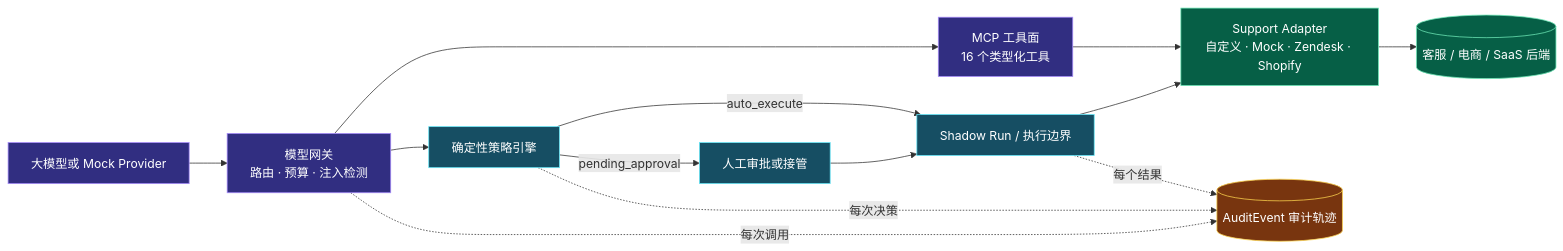
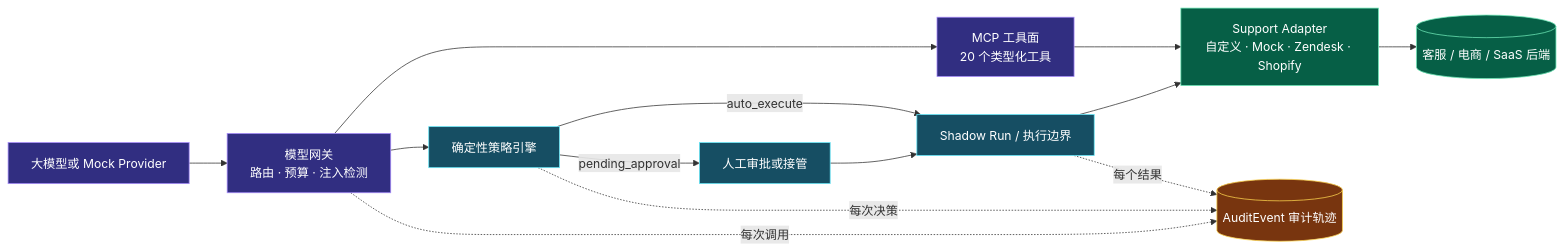
The first of 3 diagrams in README.zh-CN.md (shidesheng0218/open-support-agent-spec), drawn with Mermaid before and after one commit. The commit also changed other lines of this file and 164 other files, not shown here.

````diff
--- a/README.zh-CN.md
+++ b/README.zh-CN.md
@@ -53,24 +53,24 @@
 ```mermaid
 flowchart LR
     M[大模型或 Mock Provider] --> G[模型网关<br/>路由 · 预算 · 注入检测]
-    G --> T[MCP 工具面<br/>16 个类型化工具]
+    G --> T[MCP 工具面<br/>20 个类型化工具]
     T --> A[Support Adapter<br/>自定义 · Mock · Zendesk · Shopify]
     A --> B[(客服 / 电商 / SaaS 后端)]
     G --> P[确定性策略引擎]
     P -->|auto_execute| X[Shadow Run / 执行边界]
     P -->|pending_approval| H[人工审批或接管]
     H --> X
     X --> A
     G -. 每次调用 .-> E[(AuditEvent 审计轨迹)]
     P -. 每次决策 .-> E
     X -. 每个结果 .-> E
 
     classDef model fill:#312E81,stroke:#A78BFA,color:#fff
     classDef gate fill:#164E63,stroke:#67E8F9,color:#fff
     classDef adapter fill:#065F46,stroke:#6EE7B7,color:#fff
     classDef audit fill:#78350F,stroke:#FCD34D,color:#fff
     class M,G,T model
     class P,H,X gate
     class A,B adapter
     class E audit
 ```
````
